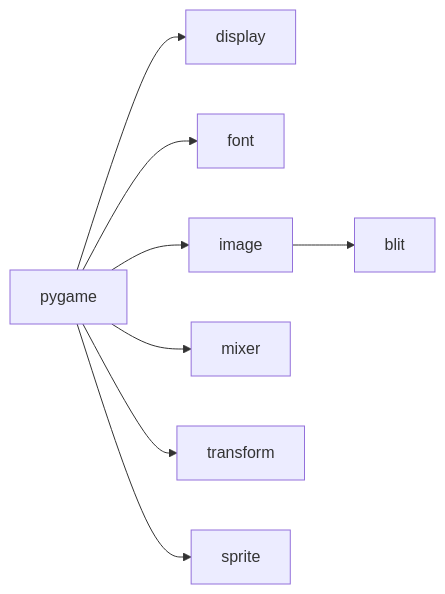
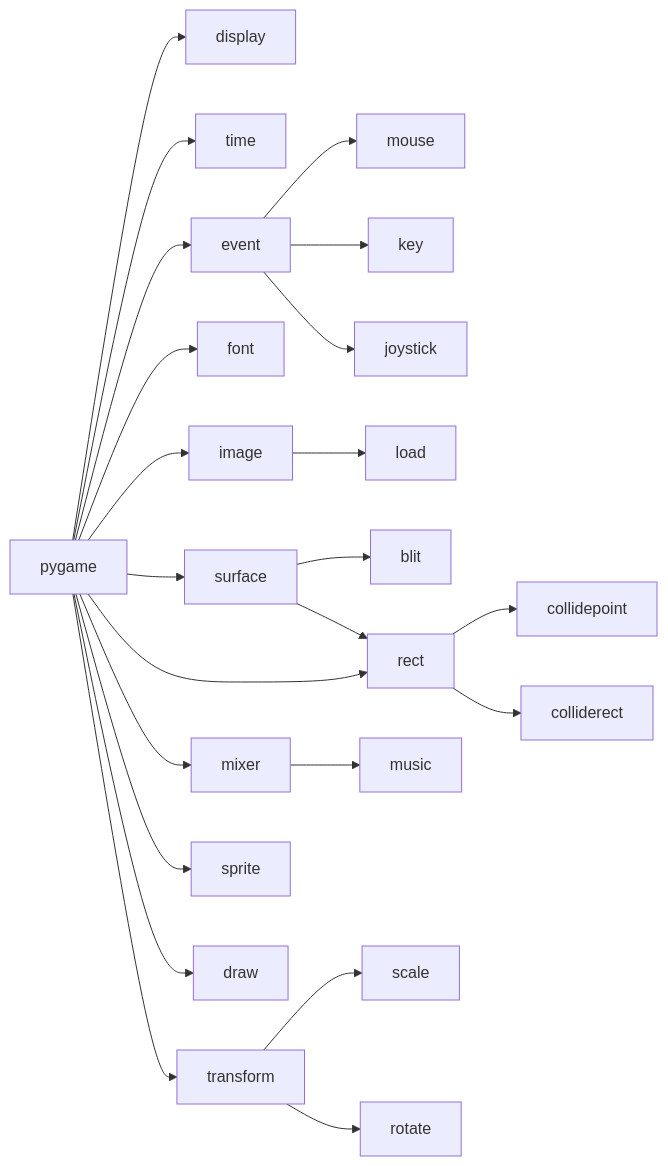
Before and after one commit to East196/notebook: the diagram in docs/python/pygame.md, drawn with Mermaid. The commit also changed 9 other files, not shown here.

````diff
--- a/docs/python/pygame.md
+++ b/docs/python/pygame.md
@@ -4,10 +4,25 @@
 ```mermaid
 graph LR;  
   pygame --> display;  
+  pygame --> time;  
+  pygame --> event;  
+  event --> mouse;  
+  event --> key;  
+  event --> joystick;  
   pygame --> font;  
   pygame--> image;  
-  image--> blit;
+  pygame--> surface;  
+  image--> load;
+  surface--> blit;
   pygame --> mixer;
+  pygame --> rect;
+  rect --> collidepoint;
+  rect --> colliderect;
+  surface --> rect;
+  mixer --> music;
   pygame--> transform;
+  transform--> scale;
+  transform--> rotate;
   pygame--> sprite;  
+  pygame--> draw;  
 ```
````
